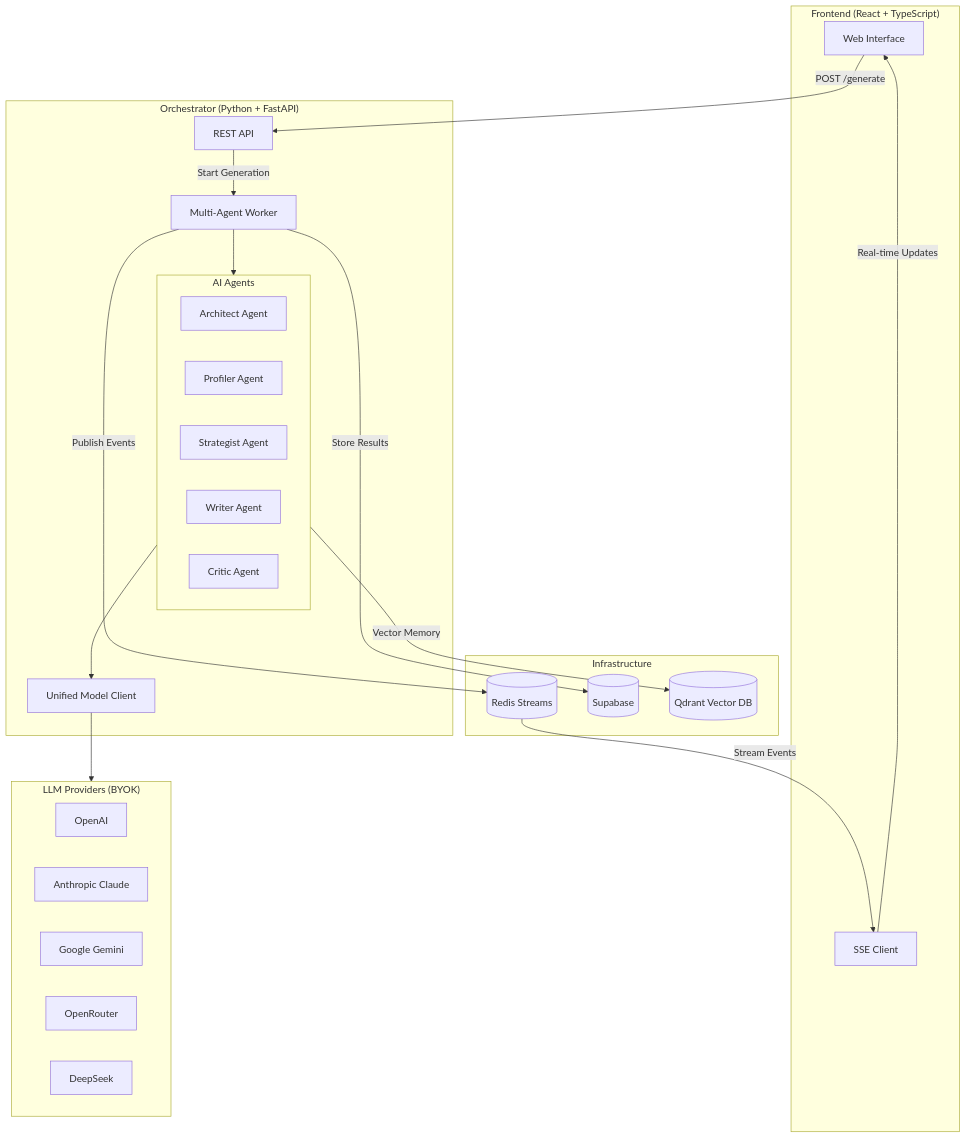
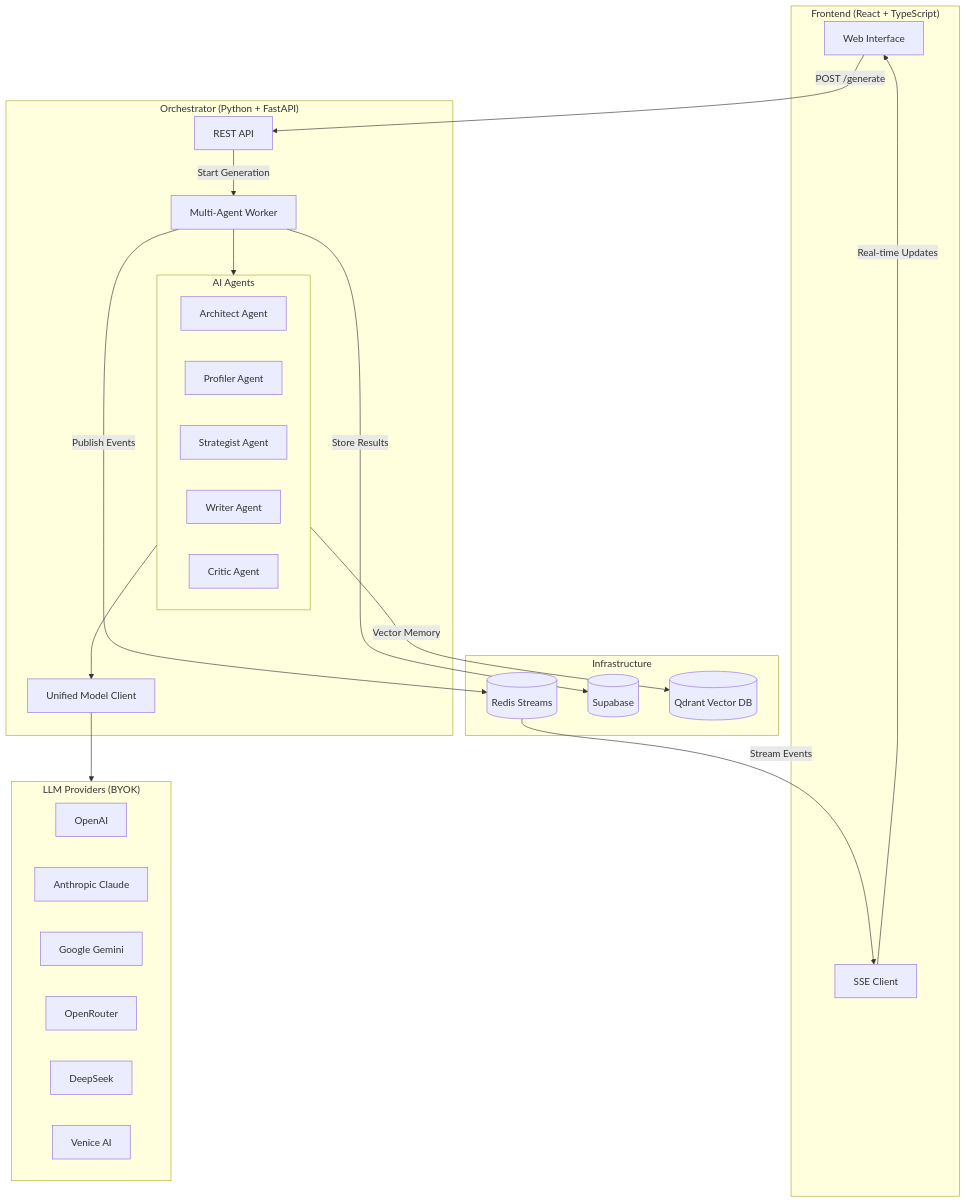
One commit to IShalkin/manoe changed the first of 3 diagrams in README.md. Above: the diagram before and after it, drawn with Mermaid. The commit also changed other lines of this file and 2 other files, not shown here.

First line of the commit message:
feat: Update model configurations with new 2025 releases (Gemini 3 Pro, GPT-5.2, Claude Opus 4.5, Venice models)

````diff
--- a/README.md
+++ b/README.md
@@ -7,49 +7,50 @@
 ```mermaid
 flowchart TB
     subgraph Client["Frontend (React + TypeScript)"]
         UI[Web Interface]
         SSE[SSE Client]
     end
 
     subgraph Orchestrator["Orchestrator (Python + FastAPI)"]
         API[REST API]
         Worker[Multi-Agent Worker]
         
         subgraph Agents["AI Agents"]
             Architect[Architect Agent]
             Profiler[Profiler Agent]
             Strategist[Strategist Agent]
             Writer[Writer Agent]
             Critic[Critic Agent]
         end
         
         ModelClient[Unified Model Client]
     end
 
     subgraph Infrastructure["Infrastructure"]
         Redis[(Redis Streams)]
         Supabase[(Supabase)]
         Qdrant[(Qdrant Vector DB)]
     end
 
     subgraph LLMProviders["LLM Providers (BYOK)"]
         OpenAI[OpenAI]
         Anthropic[Anthropic Claude]
         Gemini[Google Gemini]
         OpenRouter[OpenRouter]
         DeepSeek[DeepSeek]
+        Venice[Venice AI]
     end
 
     UI -->|POST /generate| API
     API -->|Start Generation| Worker
     Worker --> Agents
     Agents --> ModelClient
     ModelClient --> LLMProviders
     
     Worker -->|Publish Events| Redis
     Redis -->|Stream Events| SSE
     SSE -->|Real-time Updates| UI
     
     Worker -->|Store Results| Supabase
     Agents -->|Vector Memory| Qdrant
 ```
````
